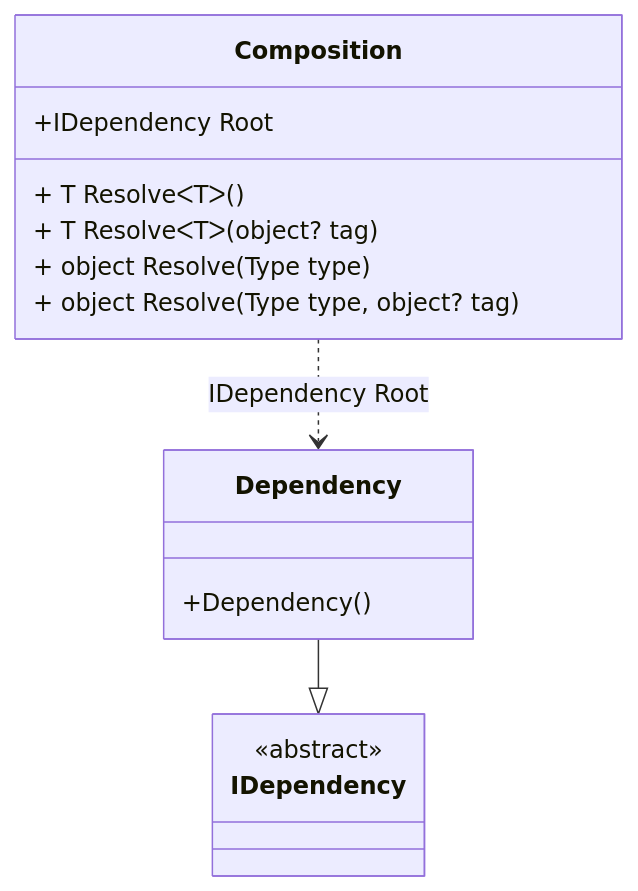
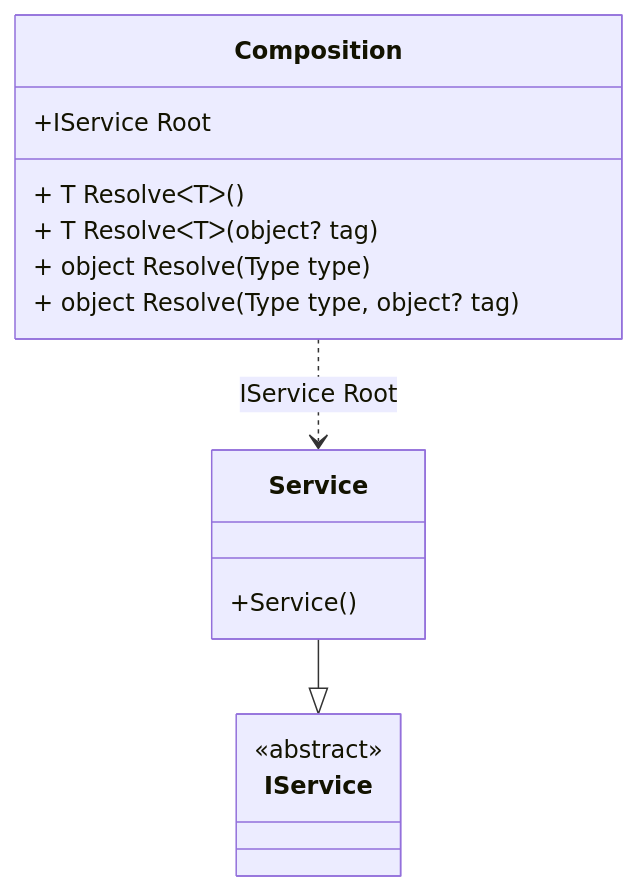
Before and after one commit to DevTeam/Pure.DI: the diagram in readme/rootbind.md, drawn with Mermaid. The commit also changed other lines of this file and 93 other files, not shown here.

````diff
--- a/readme/rootbind.md
+++ b/readme/rootbind.md
@@ -22,18 +22,18 @@
 ```mermaid
 classDiagram
   class Composition {
-    +IDependency Root
+    +IService Root
     + T ResolveᐸTᐳ()
     + T ResolveᐸTᐳ(object? tag)
     + object Resolve(Type type)
     + object Resolve(Type type, object? tag)
   }
-  Dependency --|> IDependency : 
-  class Dependency {
-    +Dependency()
+  Service --|> IService : 
+  class Service {
+    +Service()
   }
-  class IDependency {
+  class IService {
     <<abstract>>
   }
-  Composition ..> Dependency : IDependency Root
+  Composition ..> Service : IService Root
 ```
````
